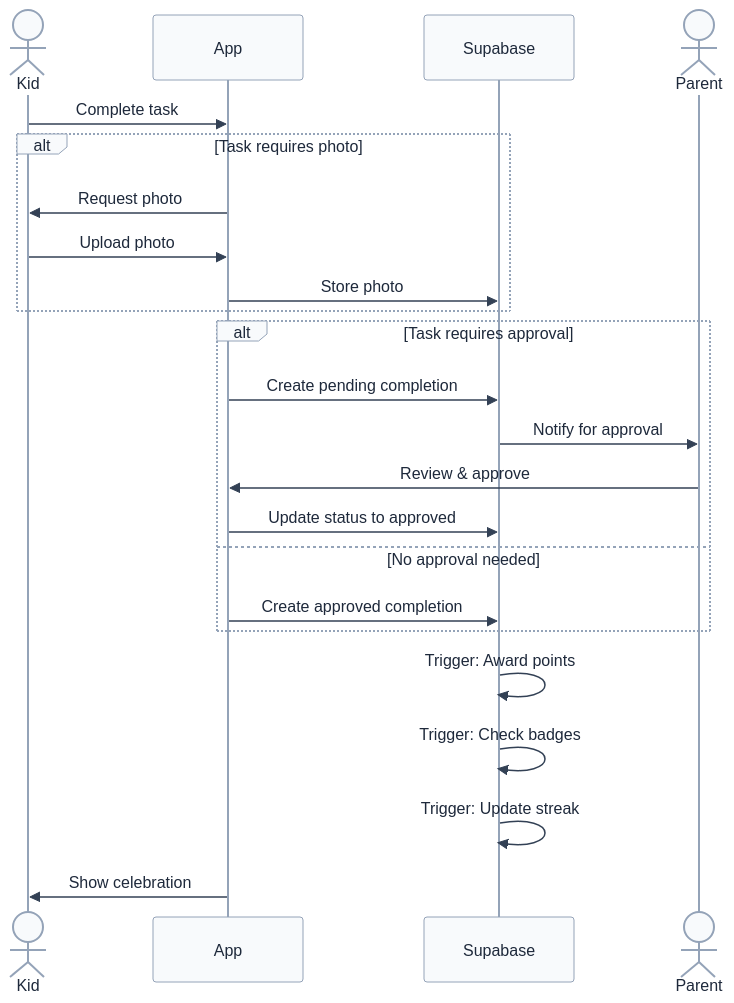
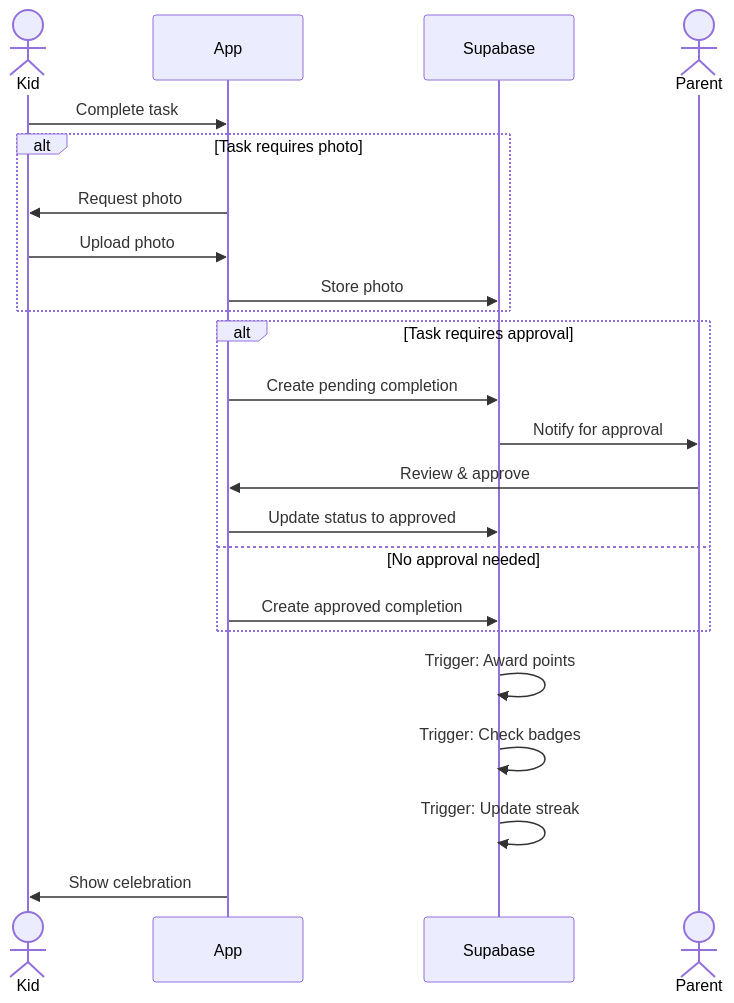
Before and after one commit to anisha-agarwal/chore-champions: the fourth of 6 diagrams in README.md, drawn with Mermaid. The commit also changed other lines of this file and 2 other files, not shown here.

First line of the commit message:
Use default Mermaid theme for cleaner diagrams

````diff
--- a/README.md
+++ b/README.md
@@ -176,30 +176,30 @@
 ```mermaid
-%%{init: {'theme': 'base', 'themeVariables': {'primaryColor': '#6366f1', 'primaryTextColor': '#fff', 'primaryBorderColor': '#4f46e5', 'lineColor': '#94a3b8', 'secondaryColor': '#f1f5f9', 'tertiaryColor': '#e2e8f0', 'actorTextColor': '#1e293b', 'actorBkg': '#f8fafc', 'actorBorder': '#94a3b8', 'signalColor': '#334155', 'signalTextColor': '#1e293b'}}}%%
+%%{init: {'theme': 'default'}}%%
 sequenceDiagram
     actor Kid
     participant App
     participant DB as Supabase
     actor Parent
 
     Kid->>App: Complete task
 
     alt Task requires photo
         App->>Kid: Request photo
         Kid->>App: Upload photo
         App->>DB: Store photo
     end
 
     alt Task requires approval
         App->>DB: Create pending completion
         DB->>Parent: Notify for approval
         Parent->>App: Review & approve
         App->>DB: Update status to approved
     else No approval needed
         App->>DB: Create approved completion
     end
 
     DB->>DB: Trigger: Award points
     DB->>DB: Trigger: Check badges
     DB->>DB: Trigger: Update streak
     App->>Kid: Show celebration
 ```
````
